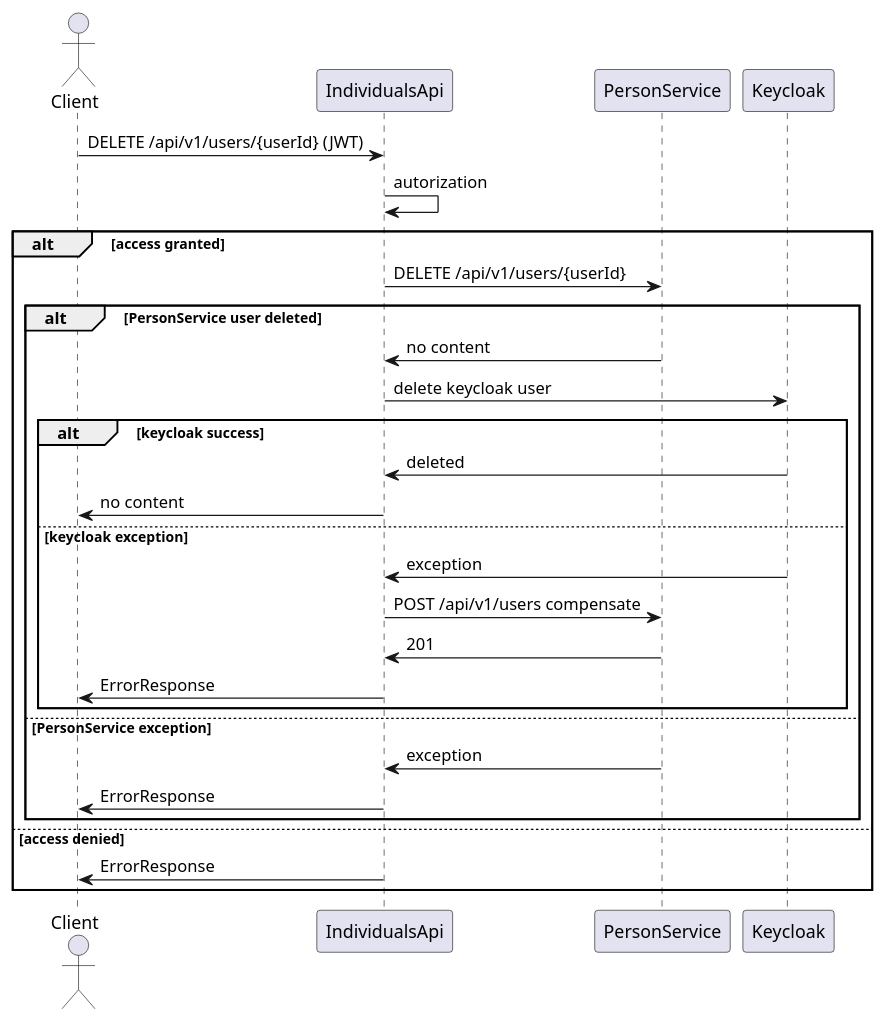
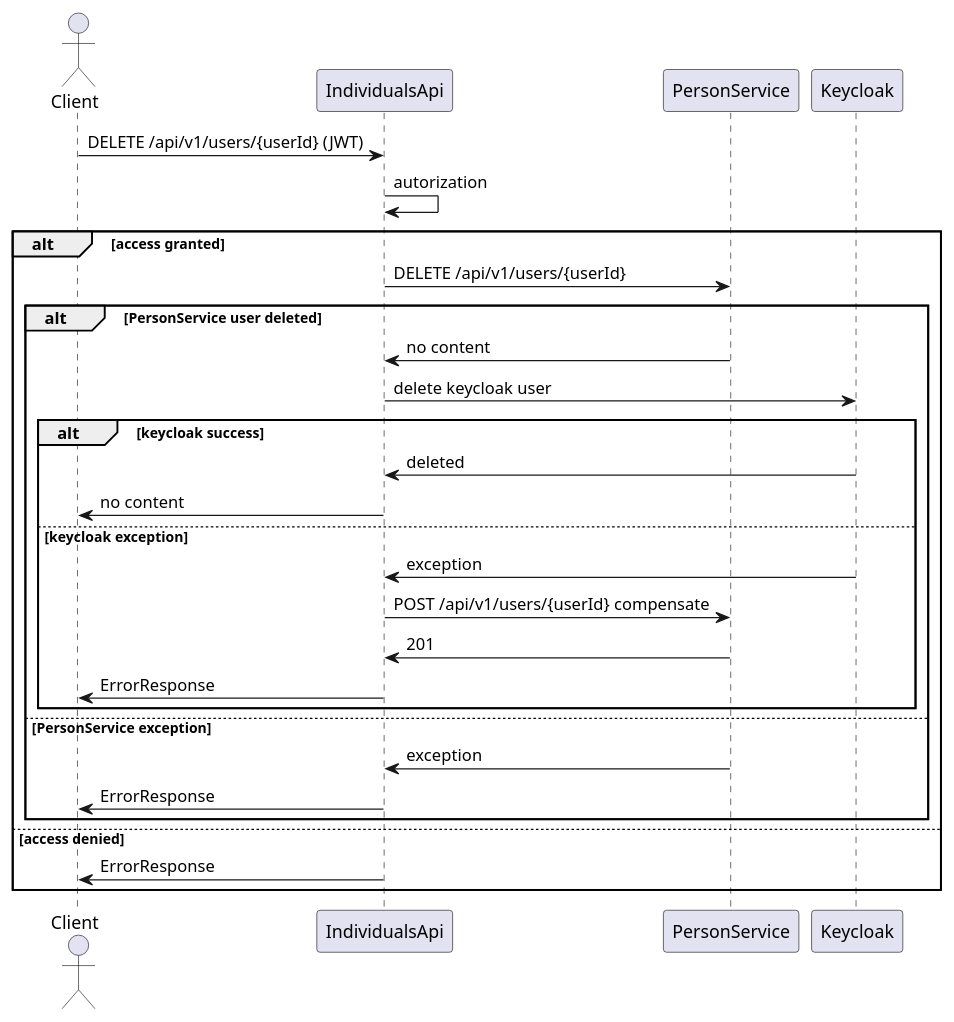
The diagram in diagram/delete-user.puml (diamam90/payment-system), drawn with PlantUML before and after one commit. The commit also changed 166 other files, not shown here.

```diff
--- a/diagram/delete-user.puml
+++ b/diagram/delete-user.puml
@@ -1,33 +1,33 @@
 @startuml
 actor Client
 participant IndividualsApi
 participant PersonService
 participant Keycloak
 
 Client -> IndividualsApi: DELETE /api/v1/users/{userId} (JWT)
 IndividualsApi -> IndividualsApi: autorization
 alt access granted
     IndividualsApi -> PersonService: DELETE /api/v1/users/{userId}
     alt PersonService user deleted
 
         PersonService -> IndividualsApi: no content
         IndividualsApi -> Keycloak: delete keycloak user
 
         alt keycloak success
             Keycloak -> IndividualsApi: deleted
             IndividualsApi -> Client: no content
         else keycloak exception
             Keycloak -> IndividualsApi: exception
-            IndividualsApi -> PersonService: POST /api/v1/users compensate
+            IndividualsApi -> PersonService: POST /api/v1/users/{userId} compensate
             PersonService -> IndividualsApi: 201
             IndividualsApi -> Client: ErrorResponse
         end
     else PersonService exception
         PersonService -> IndividualsApi: exception
         IndividualsApi -> Client: ErrorResponse
     end
 
 else access denied
 IndividualsApi -> Client: ErrorResponse
 end
 @enduml
```
